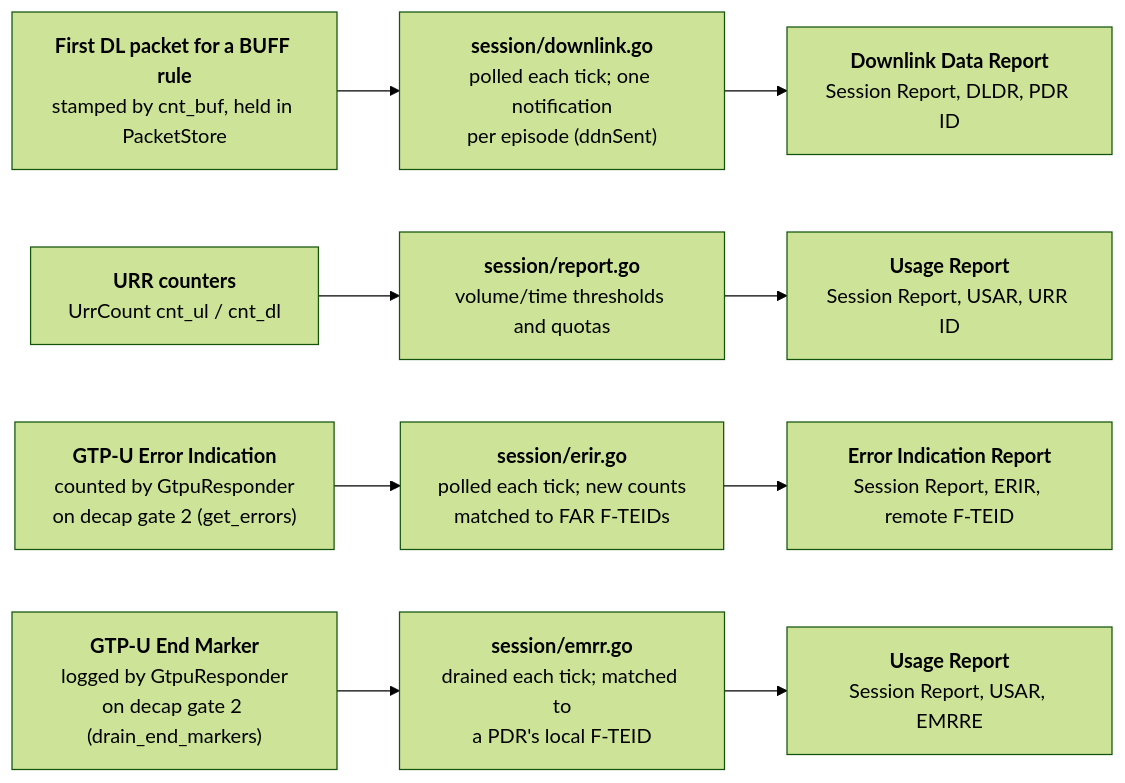
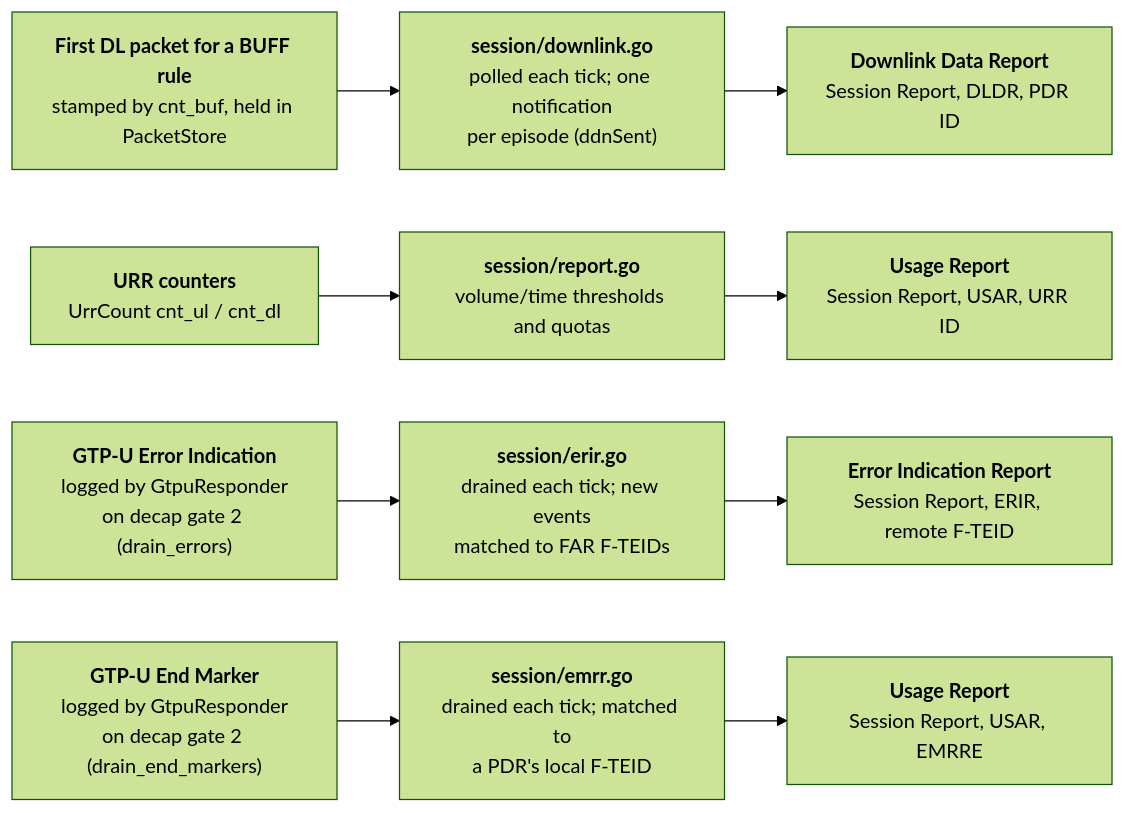
The second of 4 diagrams in docs/design.md (krsna1729/upf), drawn with Mermaid (forest theme) before and after one commit. The commit also changed 20 other files, not shown here.

````diff
--- a/docs/design.md
+++ b/docs/design.md
@@ -69,7 +69,7 @@
 ```mermaid
 flowchart LR
     E1["<b>First DL packet for a BUFF rule</b><br/>stamped by cnt_buf, held in PacketStore"] --> C1["<b>session/downlink.go</b><br/>polled each tick; one notification<br/>per episode (ddnSent)"] --> M1["<b>Downlink Data Report</b><br/>Session Report, DLDR, PDR ID"]
     E2["<b>URR counters</b><br/>UrrCount cnt_ul / cnt_dl"] --> C2["<b>session/report.go</b><br/>volume/time thresholds and quotas"] --> M2["<b>Usage Report</b><br/>Session Report, USAR, URR ID"]
-    E3["<b>GTP-U Error Indication</b><br/>counted by GtpuResponder<br/>on decap gate 2 (get_errors)"] --> C3["<b>session/erir.go</b><br/>polled each tick; new counts<br/>matched to FAR F-TEIDs"] --> M3["<b>Error Indication Report</b><br/>Session Report, ERIR, remote F-TEID"]
+    E3["<b>GTP-U Error Indication</b><br/>logged by GtpuResponder<br/>on decap gate 2 (drain_errors)"] --> C3["<b>session/erir.go</b><br/>drained each tick; new events<br/>matched to FAR F-TEIDs"] --> M3["<b>Error Indication Report</b><br/>Session Report, ERIR, remote F-TEID"]
     E4["<b>GTP-U End Marker</b><br/>logged by GtpuResponder<br/>on decap gate 2 (drain_end_markers)"] --> C4["<b>session/emrr.go</b><br/>drained each tick; matched to<br/>a PDR's local F-TEID"] --> M4["<b>Usage Report</b><br/>Session Report, USAR, EMRRE"]
 ```
````
